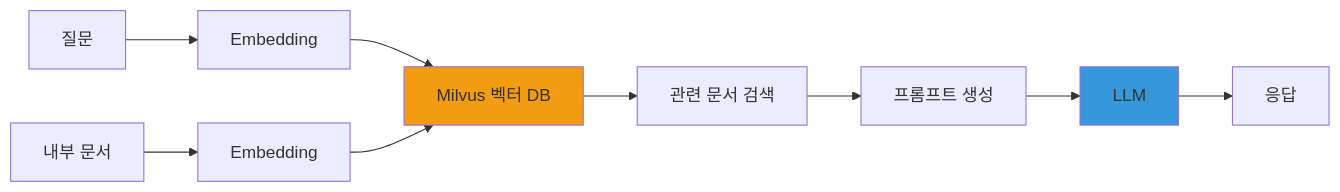
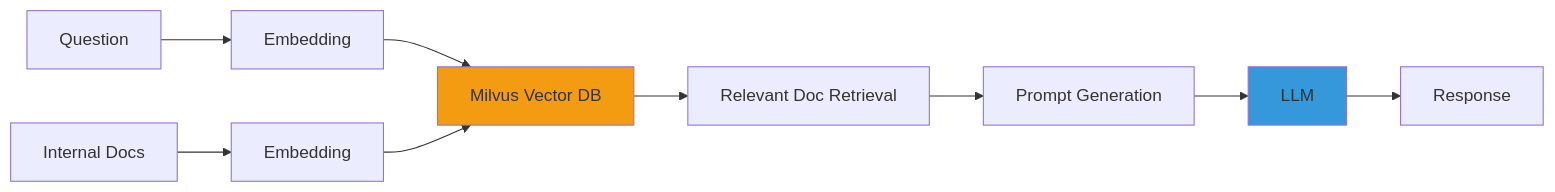
One commit to devfloor9/engineering-playbook changed the second of 4 diagrams in docs/agentic-ai-platform/operations-mlops/governance/domain-customization.md. Above: the diagram before and after it, drawn with Mermaid. The commit also changed other lines of this file and 954 other files, not shown here.

````diff
--- a/docs/agentic-ai-platform/operations-mlops/governance/domain-customization.md
+++ b/docs/agentic-ai-platform/operations-mlops/governance/domain-customization.md
@@ -160,15 +160,15 @@
 ```mermaid
 graph LR
-    Q[질문] --> E[Embedding]
-    E --> V[Milvus 벡터 DB]
-    V --> D[관련 문서 검색]
-    D --> P[프롬프트 생성]
+    Q[Question] --> E[Embedding]
+    E --> V[Milvus Vector DB]
+    V --> D[Relevant Doc Retrieval]
+    D --> P[Prompt Generation]
     P --> L[LLM]
-    L --> R[응답]
+    L --> R[Response]
     
-    Doc[내부 문서] --> Emb[Embedding]
+    Doc[Internal Docs] --> Emb[Embedding]
     Emb --> V
     
     style V fill:#f39c12
     style L fill:#3498db
 ```
````
